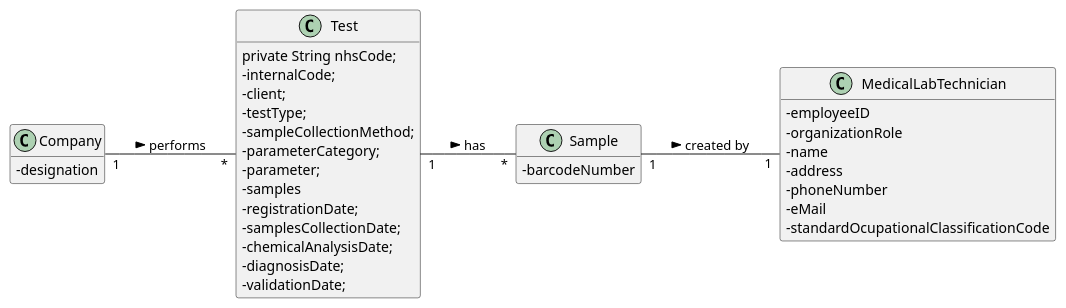
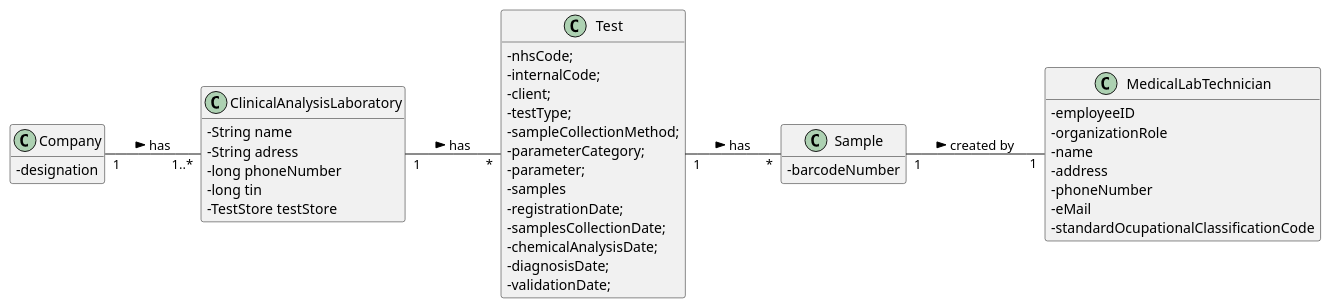
Before and after one commit to RuiRioPina/LAPR2-20-21: the diagram in docs/SprintC/US_5/UC5_MD.puml, drawn with PlantUML. The commit also changed 3 other files, not shown here.

Commit message:
correcting all the diagrams [UC-5]

```diff
--- a/docs/SprintC/US_5/UC5_MD.puml
+++ b/docs/SprintC/US_5/UC5_MD.puml
@@ -1,43 +1,52 @@
 @startuml
 skinparam classAttributeIconSize 0
 hide methods
 left to right direction
 
 class Sample {
   -barcodeNumber
 }
 
 class Company {
   -designation
 }
 
+class ClinicalAnalysisLaboratory {
+  -String name
+  -String adress
+  -long phoneNumber
+  -long tin
+  -TestStore testStore
+  +getTestStore()
+}
 class Test {
-private String nhsCode;
+  -nhsCode;
   -internalCode;
   -client;
   -testType;
   -sampleCollectionMethod;
   -parameterCategory;
   -parameter;
   -samples
   -registrationDate;
   -samplesCollectionDate;
   -chemicalAnalysisDate;
   -diagnosisDate;
   -validationDate;
 }
 
 class MedicalLabTechnician {
   -employeeID
   -organizationRole
   -name
   -address
   -phoneNumber
   -eMail
   -standardOcupationalClassificationCode
 }
 
-Company "1" -- "*" Test : performs >
+Company "1" -- "1..*" ClinicalAnalysisLaboratory : has >
+ClinicalAnalysisLaboratory "1" -- "*" Test : has >
 Test "1" -- "*" Sample : has >
 Sample "1" -- "1" MedicalLabTechnician : created by >
 @enduml
```
